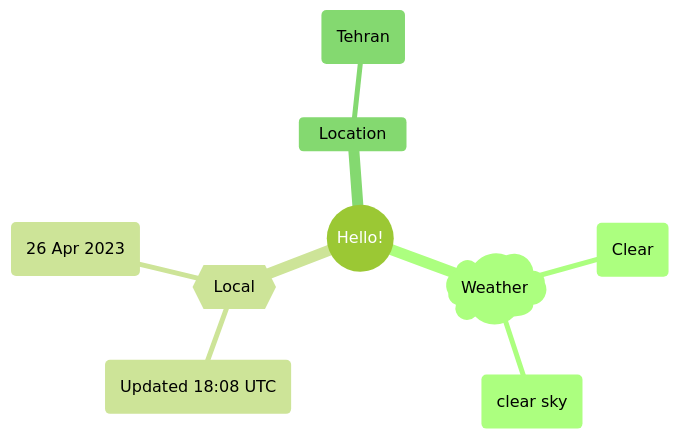
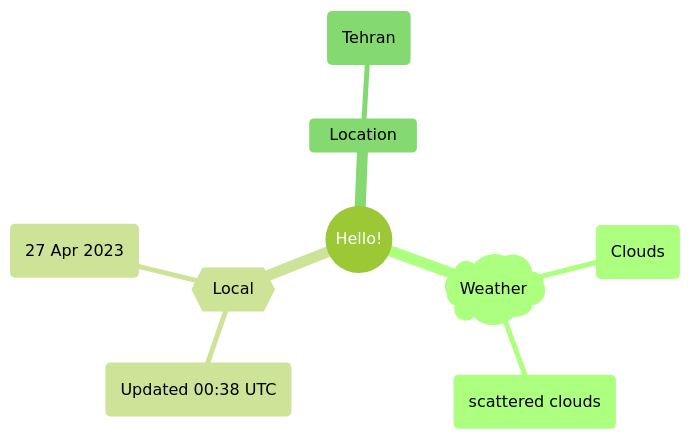
One commit to Xosrov/Xosrov changed the first of 2 diagrams in README.md. Above: the diagram before and after it, drawn with Mermaid (forest theme).

Commit message:
[bot] updated images

````diff
--- a/README.md
+++ b/README.md
@@ -3,12 +3,12 @@
 ```mermaid
 mindmap
   root((Hello!))
     )Weather(
-        (Clear)
-        (clear sky)
+        (Clouds)
+        (scattered clouds)
     {{Local}}
-        (Updated 18:08 UTC)
-        (26 Apr 2023)
+        (Updated 00:38 UTC)
+        (27 Apr 2023)
     Location
         (Tehran)
 ```
````
